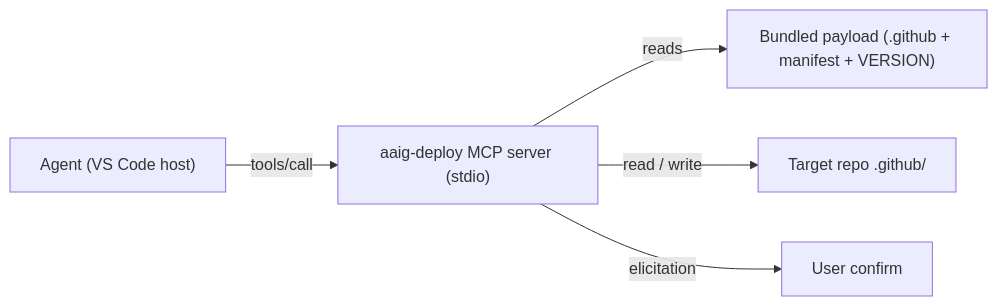
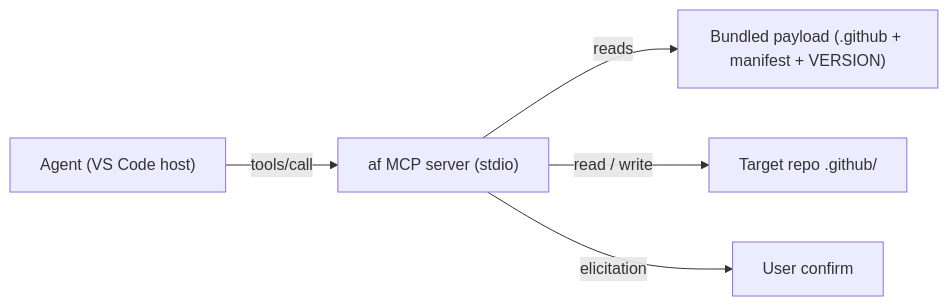
The diagram in flavors/github-copilot/ideas/mcp-deploy-server.md (sefalk/AgenticAIGovernance), drawn with Mermaid before and after one commit. The commit also changed other lines of this file and 12 other files, not shown here.

Commit message:
[agent:refactorer] MCP aaig->af: rename package af_deploy_mcp, server id 'af' (/mcp.af.*), drop redundant tool af_ prefix; 37 tests green

````diff
--- a/flavors/github-copilot/ideas/mcp-deploy-server.md
+++ b/flavors/github-copilot/ideas/mcp-deploy-server.md
@@ -53,7 +53,7 @@
 ```mermaid
 flowchart LR
-    A["Agent (VS Code host)"] -->|tools/call| S["aaig-deploy MCP server (stdio)"]
+    A["Agent (VS Code host)"] -->|tools/call| S["af MCP server (stdio)"]
     S -->|reads| P["Bundled payload (.github + manifest + VERSION)"]
     S -->|read / write| T["Target repo .github/"]
     S -->|elicitation| U["User confirm"]
 ```
````
